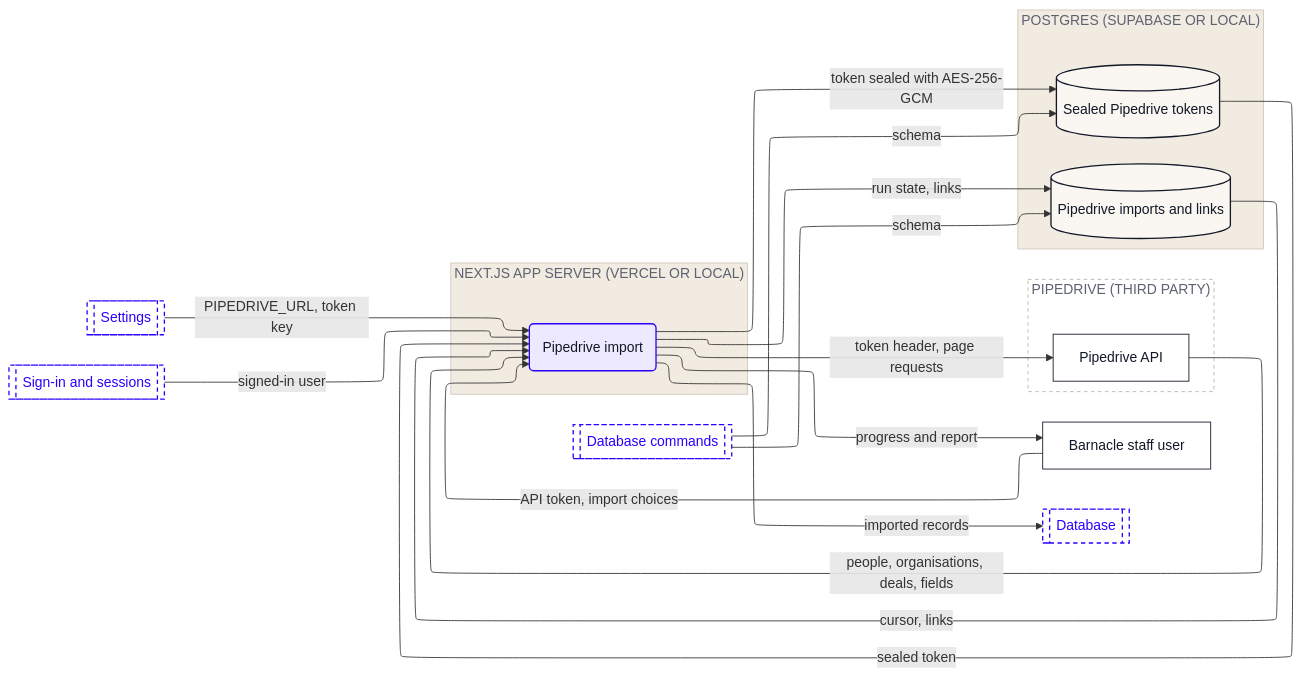
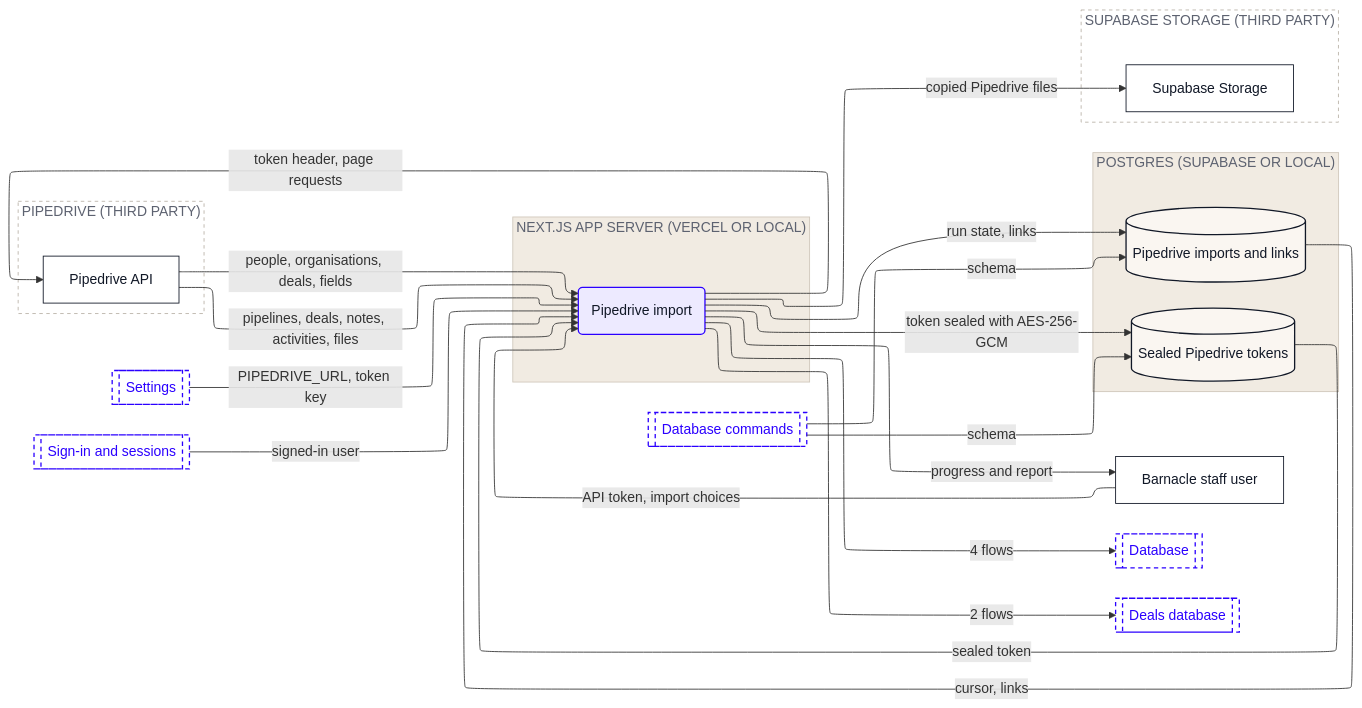
The ninth of 12 diagrams in dataflow/DATAFLOW.md (Romain-Perche/Barnacle-Pipe), drawn with Mermaid before and after one commit. The commit also changed other lines of this file and 6 other files, not shown here.

````diff
--- a/dataflow/DATAFLOW.md
+++ b/dataflow/DATAFLOW.md
@@ -578,48 +585,56 @@
 ```mermaid
 ---
 config:
   layout: elk
 ---
 flowchart LR
     n1["Barnacle staff user"]
     subgraph z1["NEXT.JS APP SERVER (VERCEL OR LOCAL)"]
         n2("Pipedrive import")
     end
     subgraph z2["PIPEDRIVE (THIRD PARTY)"]
         n3["Pipedrive API"]
     end
     subgraph z3["POSTGRES (SUPABASE OR LOCAL)"]
         n4[("Sealed Pipedrive tokens")]
         n5[("Pipedrive imports and links")]
     end
-    n6[["Database"]]
-    n7[["Database commands"]]
-    n8[["Settings"]]
-    n9[["Sign-in and sessions"]]
-    n8 -->|"PIPEDRIVE_URL, token key"| n2
-    n7 -->|"schema"| n4
-    n7 -->|"schema"| n5
+    subgraph z4["SUPABASE STORAGE (THIRD PARTY)"]
+        n6["Supabase Storage"]
+    end
+    n7[["Database"]]
+    n8[["Database commands"]]
+    n9[["Deals database"]]
+    n10[["Settings"]]
+    n11[["Sign-in and sessions"]]
+    n10 -->|"PIPEDRIVE_URL, token key"| n2
+    n8 -->|"schema"| n4
+    n8 -->|"schema"| n5
     n3 -->|"people, organisations, deals, fields"| n2
+    n3 -->|"pipelines, deals, notes, activities, files"| n2
     n4 -->|"sealed token"| n2
-    n2 -->|"imported records"| n6
+    n2 -->|"4 flows"| n7
+    n2 -->|"2 flows"| n9
     n2 -->|"token header, page requests"| n3
     n2 -->|"token sealed with AES-256-GCM"| n4
     n2 -->|"run state, links"| n5
     n2 -->|"progress and report"| n1
+    n2 -->|"copied Pipedrive files"| n6
     n5 -->|"cursor, links"| n2
-    n9 -->|"signed-in user"| n2
+    n11 -->|"signed-in user"| n2
     n1 -->|"API token, import choices"| n2
     classDef actor fill:#FFFFFF,stroke:#111827,stroke-width:1px,color:#111827
     classDef process fill:#EDEAFF,stroke:#2B00FF,stroke-width:1.5px,color:#111827
     classDef store fill:#FAF6F1,stroke:#111827,stroke-width:1.5px,color:#111827
     classDef zone fill:#1A1A1A,stroke:#1A1A1A,color:#FFFFFF
     classDef group fill:#2B00FF,stroke:#2B00FF,color:#FFFFFF
     classDef stub fill:#FFFFFF,stroke:#2B00FF,stroke-width:1.5px,stroke-dasharray:5 4,color:#2B00FF
-    class n1,n3 actor
+    class n1,n3,n6 actor
     class n2 process
     class n4,n5 store
-    class n6,n7,n8,n9 stub
+    class n7,n8,n9,n10,n11 stub
     style z1 fill:#F1EBE2,stroke:#CFC7BB,color:#5D6270
     style z2 fill:#FFFFFF,stroke:#B9B2A8,stroke-dasharray:4 4,color:#5D6270
     style z3 fill:#F1EBE2,stroke:#CFC7BB,color:#5D6270
+    style z4 fill:#FFFFFF,stroke:#B9B2A8,stroke-dasharray:4 4,color:#5D6270
 ```
````
